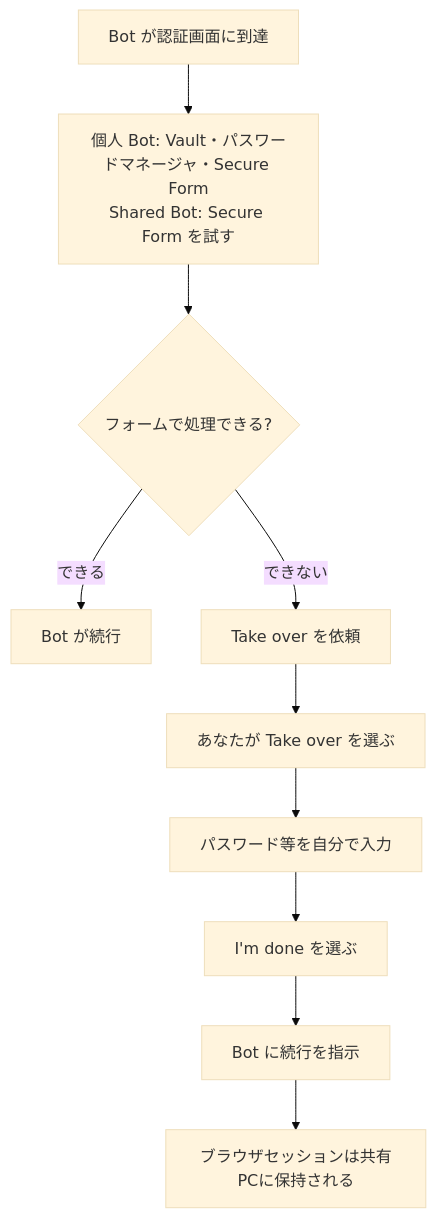
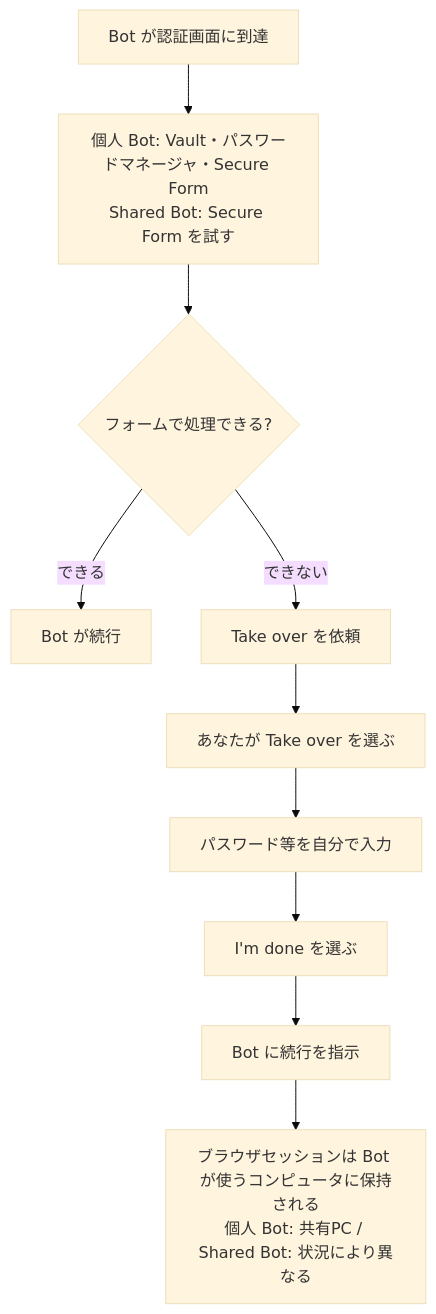
Before and after one commit to myoshi2891/Comparison-of-LLMs: the fifth of 11 diagrams in Xai-grok-bot-guide.md, drawn with Mermaid (base theme). The commit also changed other lines of this file and 2 other files, not shown here.

First line of the commit message:
docs: refine dots approval wording, Grok Bot sign-in/sharing details, Antigravity {{args}} diagnosis

````diff
--- a/Xai-grok-bot-guide.md
+++ b/Xai-grok-bot-guide.md
@@ -329,12 +329,12 @@
 ```mermaid
 flowchart TD
     A["Bot が認証画面に到達"] --> V["個人 Bot: Vault・パスワードマネージャ・Secure Form<br/>Shared Bot: Secure Form を試す"]
     V --> Q{"フォームで処理できる?"}
     Q -- "できる" --> OK["Bot が続行"]
     Q -- "できない" --> B["Take over を依頼"]
     B --> C["あなたが Take over を選ぶ"]
     C --> D["パスワード等を自分で入力"]
     D --> E["I'm done を選ぶ"]
     E --> F["Bot に続行を指示"]
-    F --> G["ブラウザセッションは共有PCに保持される"]
+    F --> G["ブラウザセッションは Bot が使うコンピュータに保持される<br/>個人 Bot: 共有PC / Shared Bot: 状況により異なる"]
 ```
````
